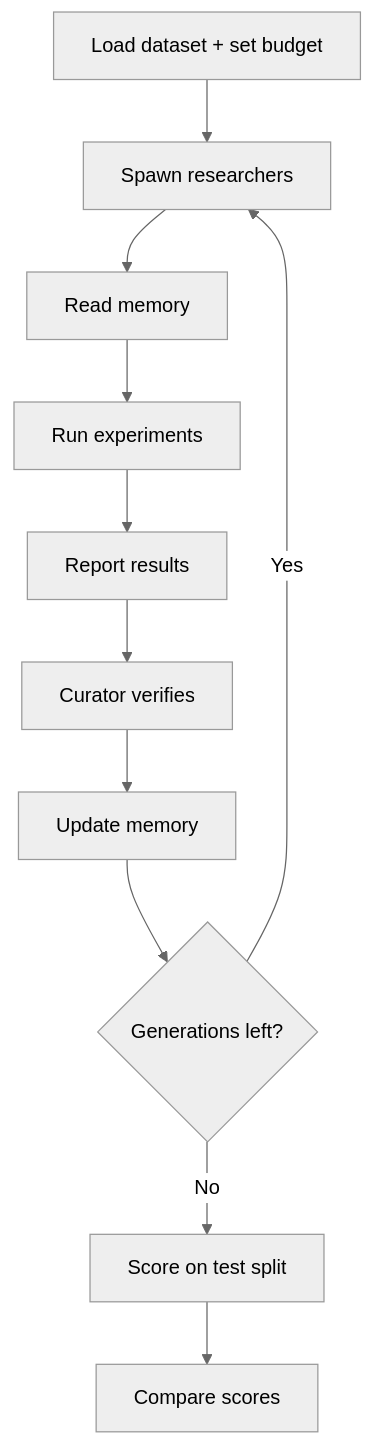
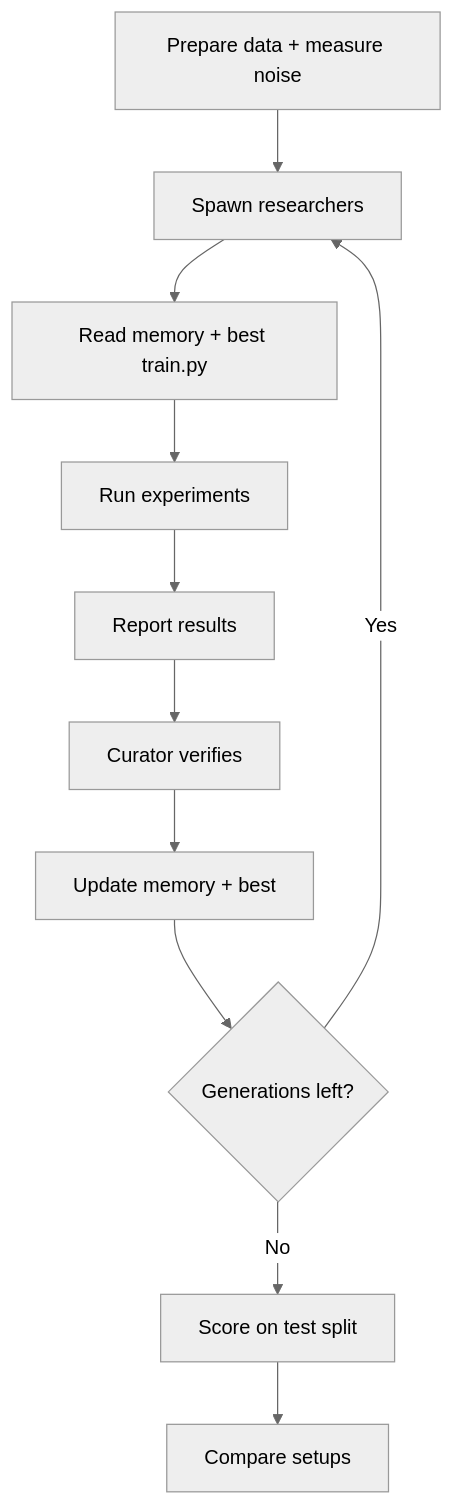
The diagram in README.md (calvinotewa/crusoe-hack), drawn with Mermaid (neutral theme) before and after one commit. The commit also changed other lines of this file, not shown here.

````diff
--- a/README.md
+++ b/README.md
@@ -9,13 +9,13 @@
 ```mermaid
 flowchart TD
-    A[Load dataset + set budget] --> B[Spawn researchers]
-    B --> C[Read memory]
+    A[Prepare data + measure noise] --> B[Spawn researchers]
+    B --> C[Read memory + best train.py]
     C --> D[Run experiments]
     D --> E[Report results]
     E --> F[Curator verifies]
-    F --> G[Update memory]
+    F --> G[Update memory + best]
     G --> H{Generations left?}
     H -- Yes --> B
     H -- No --> I[Score on test split]
-    I --> J[Compare scores]
+    I --> J[Compare setups]
 ```
````
